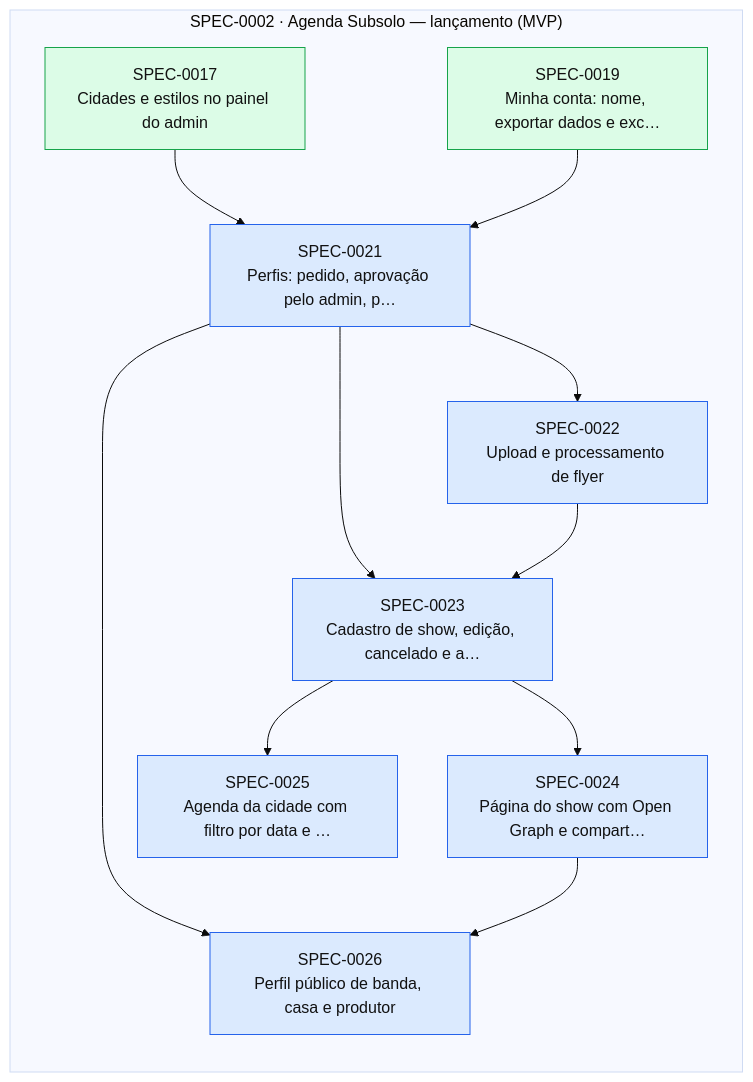
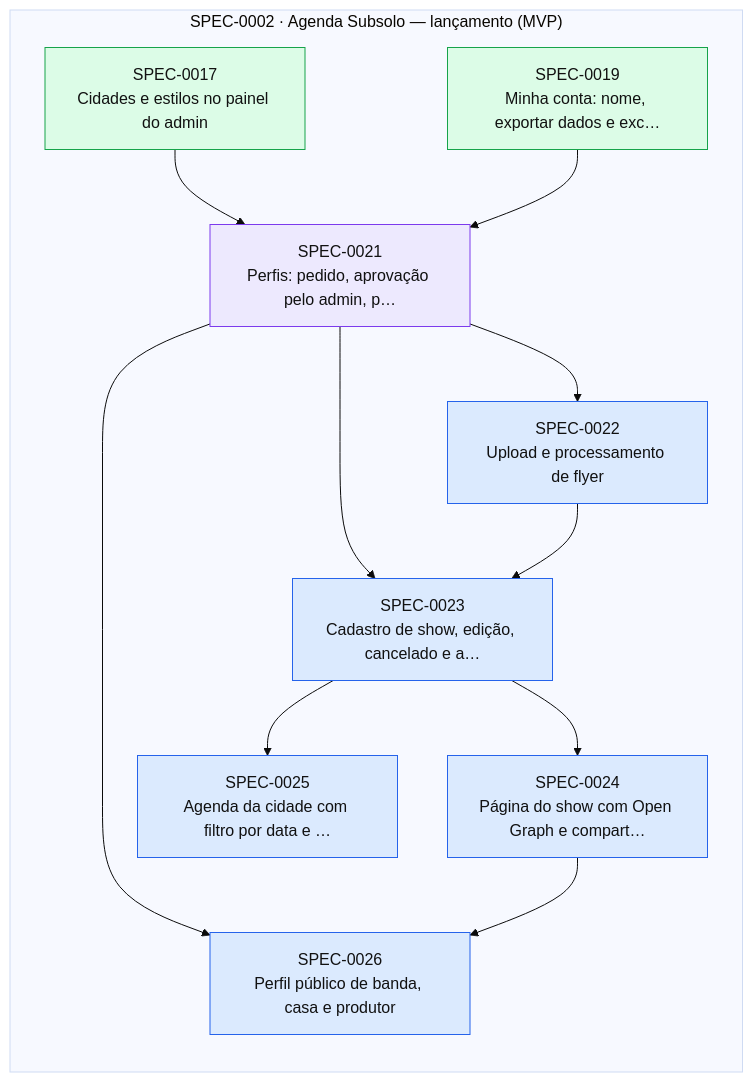
The diagram in docs/specs/INDEX.md (thomasravache/subsolo), drawn with Mermaid (base theme) before and after one commit. The commit also changed other lines of this file and 1 other file, not shown here.

First line of the commit message:
docs(sdd): widen SPEC-0021 scope and start wave 7

````diff
--- a/docs/specs/INDEX.md
+++ b/docs/specs/INDEX.md
@@ -70,27 +70,27 @@
 ```mermaid
 flowchart LR
   subgraph E0002["SPEC-0002 · Agenda Subsolo — lançamento (MVP)"]
     S0017["SPEC-0017<br/>Cidades e estilos no painel do admin"]:::implemented
     S0019["SPEC-0019<br/>Minha conta: nome, exportar dados e exc…"]:::implemented
-    S0021["SPEC-0021<br/>Perfis: pedido, aprovação pelo admin, p…"]:::approved
+    S0021["SPEC-0021<br/>Perfis: pedido, aprovação pelo admin, p…"]:::inprogress
     S0022["SPEC-0022<br/>Upload e processamento de flyer"]:::approved
     S0023["SPEC-0023<br/>Cadastro de show, edição, cancelado e a…"]:::approved
     S0024["SPEC-0024<br/>Página do show com Open Graph e compart…"]:::approved
     S0025["SPEC-0025<br/>Agenda da cidade com filtro por data e …"]:::approved
     S0026["SPEC-0026<br/>Perfil público de banda, casa e produtor"]:::approved
   end
   S0017 --> S0021
   S0019 --> S0021
   S0021 --> S0022
   S0021 --> S0023
   S0022 --> S0023
   S0023 --> S0024
   S0023 --> S0025
   S0021 --> S0026
   S0024 --> S0026
   classDef proposed fill:#fef3c7,stroke:#d97706,color:#111
   classDef approved fill:#dbeafe,stroke:#2563eb,color:#111
   classDef inprogress fill:#ede9fe,stroke:#7c3aed,color:#111
   classDef implemented fill:#dcfce7,stroke:#16a34a,color:#111
   classDef deprecated fill:#f3f4f6,stroke:#9ca3af,color:#6b7280
 ```
````
